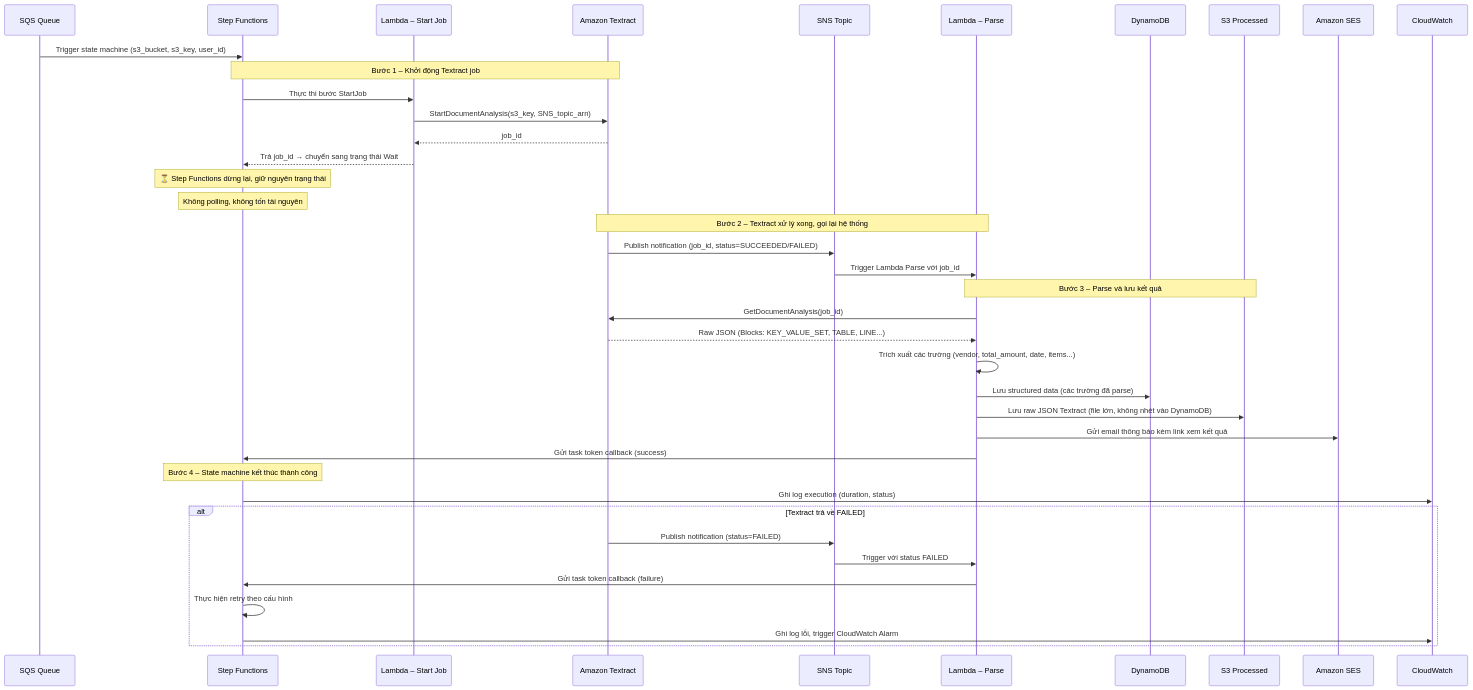
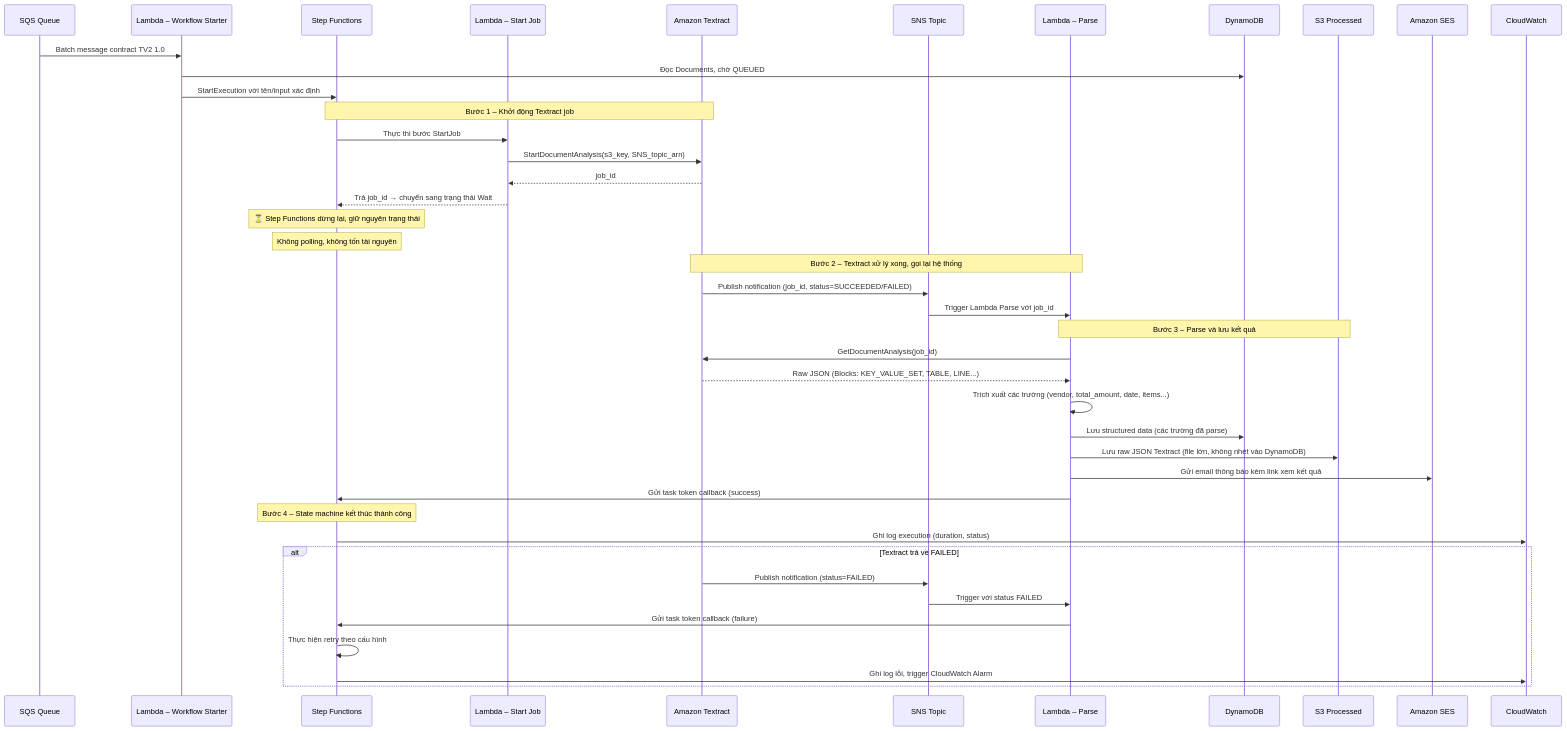
One commit to quanpt090706/idp-aws-pipeline changed the diagram in docs/flows/textract-async-flow.md. Above: the diagram before and after it, drawn with Mermaid. The commit also changed other lines of this file and 59 other files, not shown here.

````diff
--- a/docs/flows/textract-async-flow.md
+++ b/docs/flows/textract-async-flow.md
@@ -11,49 +11,52 @@
 ```mermaid
 sequenceDiagram
     participant SQS as SQS Queue
+    participant Starter as Lambda – Workflow Starter
     participant SFN as Step Functions
     participant LambdaS as Lambda – Start Job
     participant Textract as Amazon Textract
     participant SNS as SNS Topic
     participant LambdaP as Lambda – Parse
     participant DDB as DynamoDB
     participant S3R as S3 Processed
     participant SES as Amazon SES
     participant CW as CloudWatch
 
-    SQS->>SFN: Trigger state machine (s3_bucket, s3_key, user_id)
+    SQS->>Starter: Batch message contract TV2 1.0
+    Starter->>DDB: Đọc Documents, chờ QUEUED
+    Starter->>SFN: StartExecution với tên/input xác định
 
     Note over SFN,Textract: Bước 1 – Khởi động Textract job
     SFN->>LambdaS: Thực thi bước StartJob
     LambdaS->>Textract: StartDocumentAnalysis(s3_key, SNS_topic_arn)
     Textract-->>LambdaS: job_id
     LambdaS-->>SFN: Trả job_id → chuyển sang trạng thái Wait
 
     Note over SFN: ⏳ Step Functions dừng lại, giữ nguyên trạng thái
     Note over SFN: Không polling, không tốn tài nguyên
 
     Note over Textract,LambdaP: Bước 2 – Textract xử lý xong, gọi lại hệ thống
     Textract->>SNS: Publish notification (job_id, status=SUCCEEDED/FAILED)
     SNS->>LambdaP: Trigger Lambda Parse với job_id
 
     Note over LambdaP,S3R: Bước 3 – Parse và lưu kết quả
     LambdaP->>Textract: GetDocumentAnalysis(job_id)
     Textract-->>LambdaP: Raw JSON (Blocks: KEY_VALUE_SET, TABLE, LINE...)
 
     LambdaP->>LambdaP: Trích xuất các trường (vendor, total_amount, date, items...)
     LambdaP->>DDB: Lưu structured data (các trường đã parse)
     LambdaP->>S3R: Lưu raw JSON Textract (file lớn, không nhét vào DynamoDB)
     LambdaP->>SES: Gửi email thông báo kèm link xem kết quả
     LambdaP->>SFN: Gửi task token callback (success)
 
     Note over SFN: Bước 4 – State machine kết thúc thành công
     SFN->>CW: Ghi log execution (duration, status)
 
     alt Textract trả về FAILED
         Textract->>SNS: Publish notification (status=FAILED)
         SNS->>LambdaP: Trigger với status FAILED
         LambdaP->>SFN: Gửi task token callback (failure)
         SFN->>SFN: Thực hiện retry theo cấu hình
         SFN->>CW: Ghi log lỗi, trigger CloudWatch Alarm
     end
 ```
````
